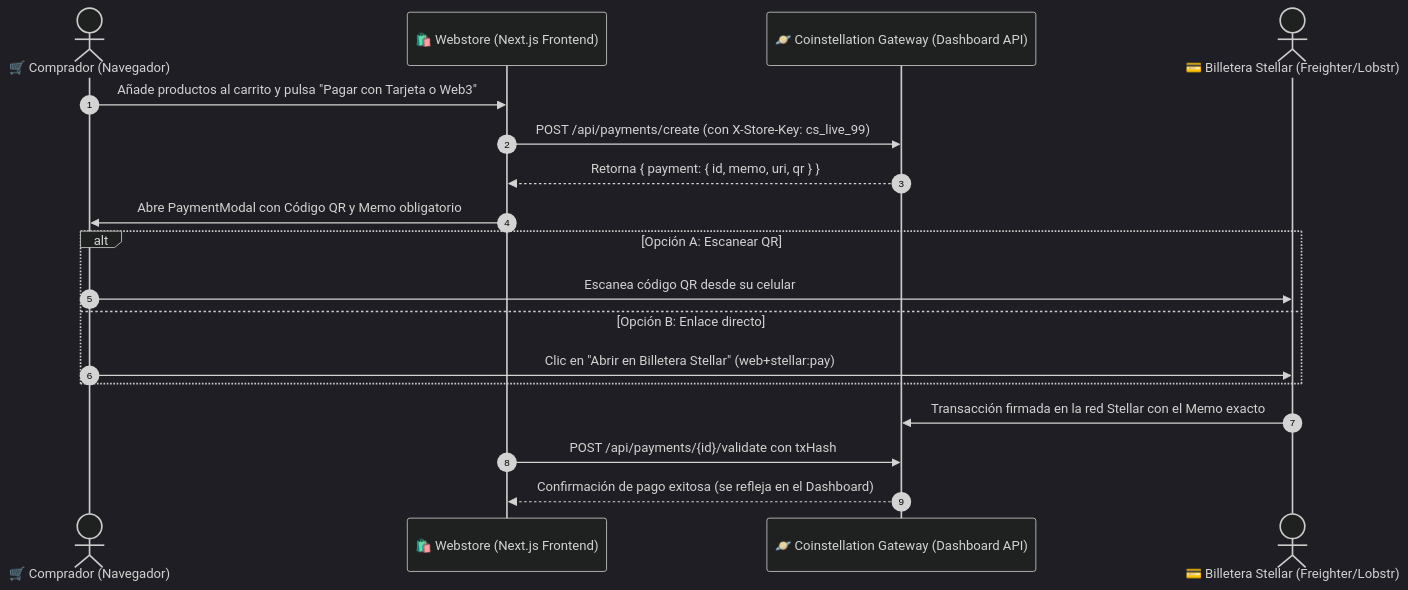
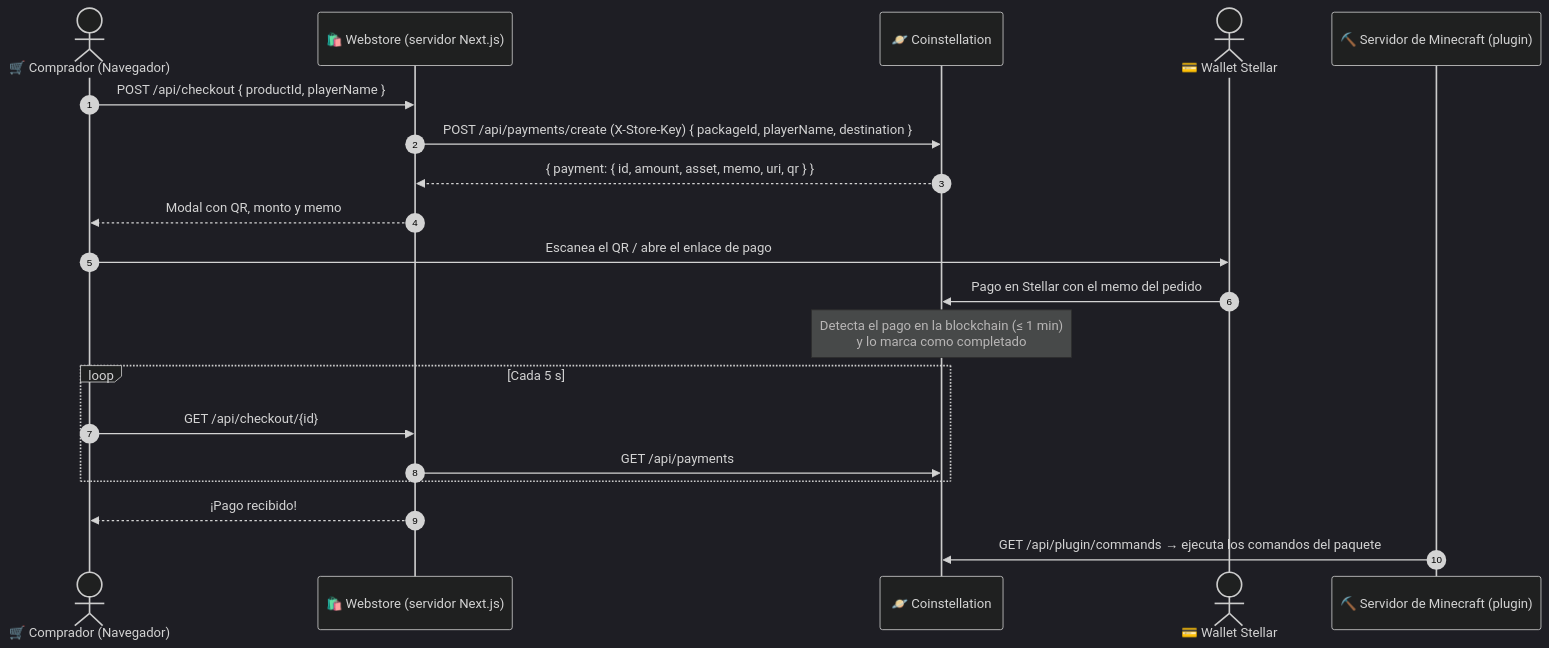
The second of 2 diagrams in README.md (JaimeH-Q/coinstellation-webstore-example), drawn with Mermaid (dark theme) before and after one commit. The commit also changed other lines of this file and 17 other files, not shown here.

First line of the commit message:
Pagos reales con la API de Coinstellation

````diff
--- a/README.md
+++ b/README.md
@@ -105,21 +110,23 @@
 ```mermaid
 sequenceDiagram
     autonumber
     actor Comprador as 🛒 Comprador (Navegador)
-    participant UI as 🛍️ Webstore (Next.js Frontend)
-    participant Coinstellation as 🪐 Coinstellation Gateway (Dashboard API)
-    actor Wallet as 💳 Billetera Stellar (Freighter/Lobstr)
+    participant Tienda as 🛍️ Webstore (servidor Next.js)
+    participant Coinstellation as 🪐 Coinstellation
+    actor Wallet as 💳 Wallet Stellar
+    participant MC as ⛏️ Servidor de Minecraft (plugin)
 
-    Comprador->>UI: Añade productos al carrito y pulsa "Pagar con Tarjeta o Web3"
-    UI->>Coinstellation: POST /api/payments/create (con X-Store-Key: cs_live_99)
-    Coinstellation-->>UI: Retorna { payment: { id, memo, uri, qr } }
-    UI->>Comprador: Abre PaymentModal con Código QR y Memo obligatorio
-    alt Opción A: Escanear QR
-        Comprador->>Wallet: Escanea código QR desde su celular
-    else Opción B: Enlace directo
-        Comprador->>Wallet: Clic en "Abrir en Billetera Stellar" (web+stellar:pay)
+    Comprador->>Tienda: POST /api/checkout { productId, playerName }
+    Tienda->>Coinstellation: POST /api/payments/create (X-Store-Key) { packageId, playerName, destination }
+    Coinstellation-->>Tienda: { payment: { id, amount, asset, memo, uri, qr } }
+    Tienda-->>Comprador: Modal con QR, monto y memo
+    Comprador->>Wallet: Escanea el QR / abre el enlace de pago
+    Wallet->>Coinstellation: Pago en Stellar con el memo del pedido
+    Note over Coinstellation: Detecta el pago en la blockchain (≤ 1 min)<br/>y lo marca como completado
+    loop Cada 5 s
+        Comprador->>Tienda: GET /api/checkout/{id}
+        Tienda->>Coinstellation: GET /api/payments
     end
-    Wallet->>Coinstellation: Transacción firmada en la red Stellar con el Memo exacto
-    UI->>Coinstellation: POST /api/payments/{id}/validate con txHash
-    Coinstellation-->>UI: Confirmación de pago exitosa (se refleja en el Dashboard)
+    Tienda-->>Comprador: ¡Pago recibido!
+    MC->>Coinstellation: GET /api/plugin/commands → ejecuta los comandos del paquete
 ```
````
